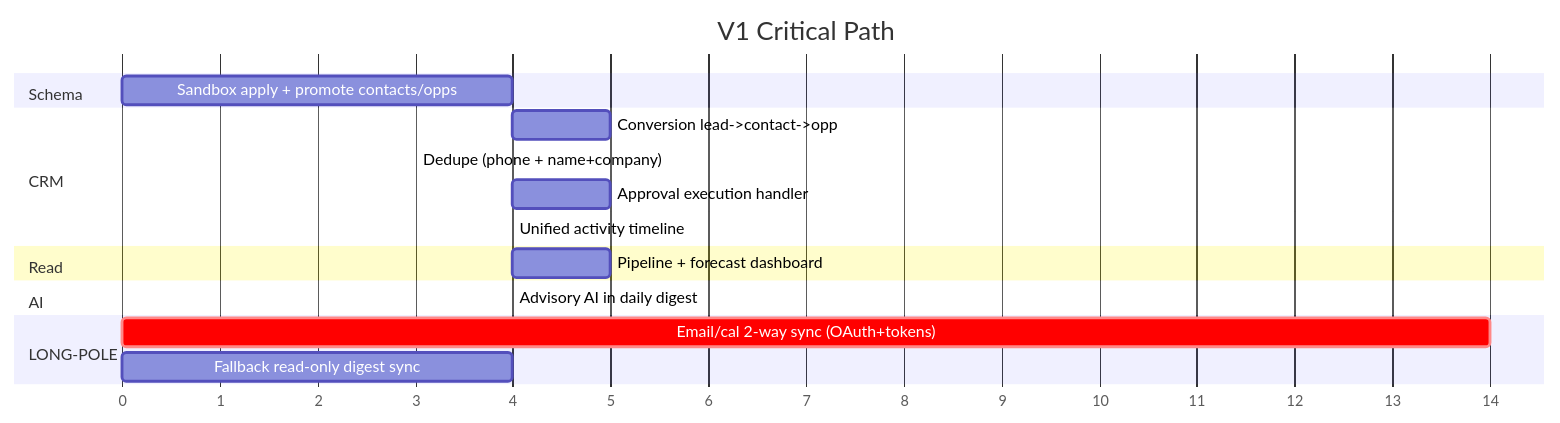
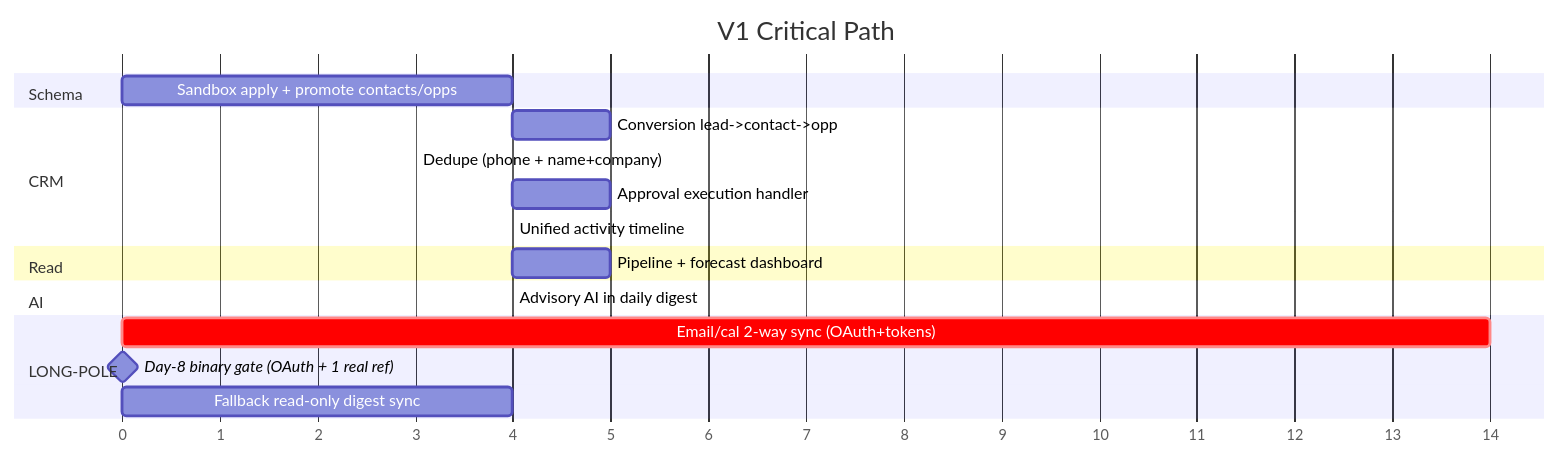
Before and after one commit to CleanExpo/Unite-Group: the first of 2 diagrams in docs/spec/phase-plan.md, drawn with Mermaid. The commit also changed other lines of this file and 3 other files, not shown here.

````diff
--- a/docs/spec/phase-plan.md
+++ b/docs/spec/phase-plan.md
@@ -27,20 +29,21 @@
 ```mermaid
 gantt
     title V1 Critical Path
     dateFormat  X
     axisFormat %s
     section Schema
     Sandbox apply + promote contacts/opps   :a1, 0, 4
     section CRM
     Conversion lead->contact->opp           :a2, after a1, 5
     Dedupe (phone + name+company)           :a3, after a1, 3
     Approval execution handler              :a4, after a1, 5
     Unified activity timeline               :a5, after a2, 4
     section Read
     Pipeline + forecast dashboard           :a6, after a1, 5
     section AI
     Advisory AI in daily digest             :a7, after a5, 4
     section LONG-POLE
     Email/cal 2-way sync (OAuth+tokens)     :crit, a8, 0, 14
+    Day-8 binary gate (OAuth + 1 real ref)  :milestone, m8, 8, 0
     Fallback read-only digest sync          :a9, 0, 4
 ```
````
